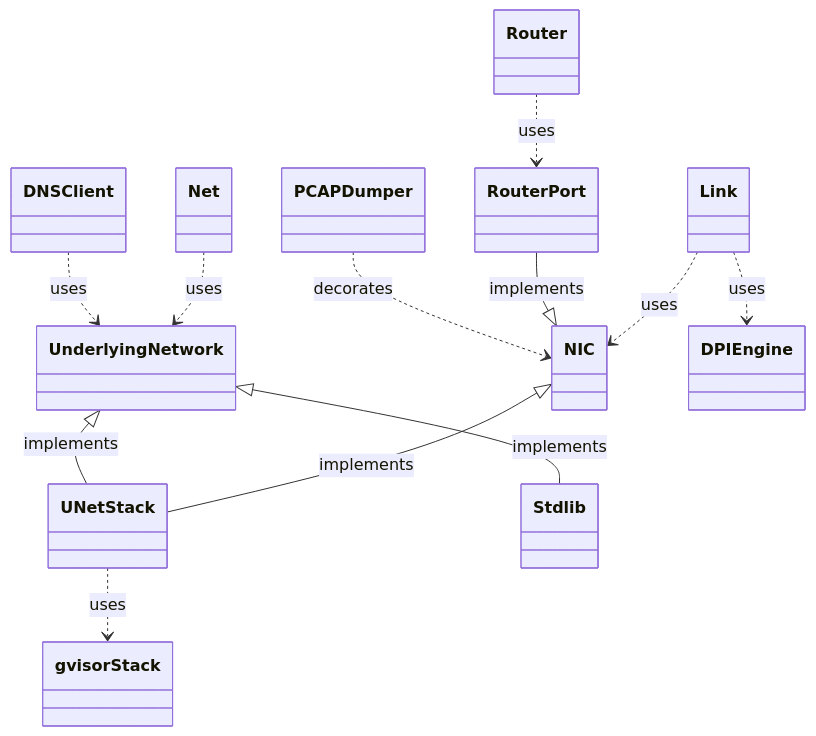
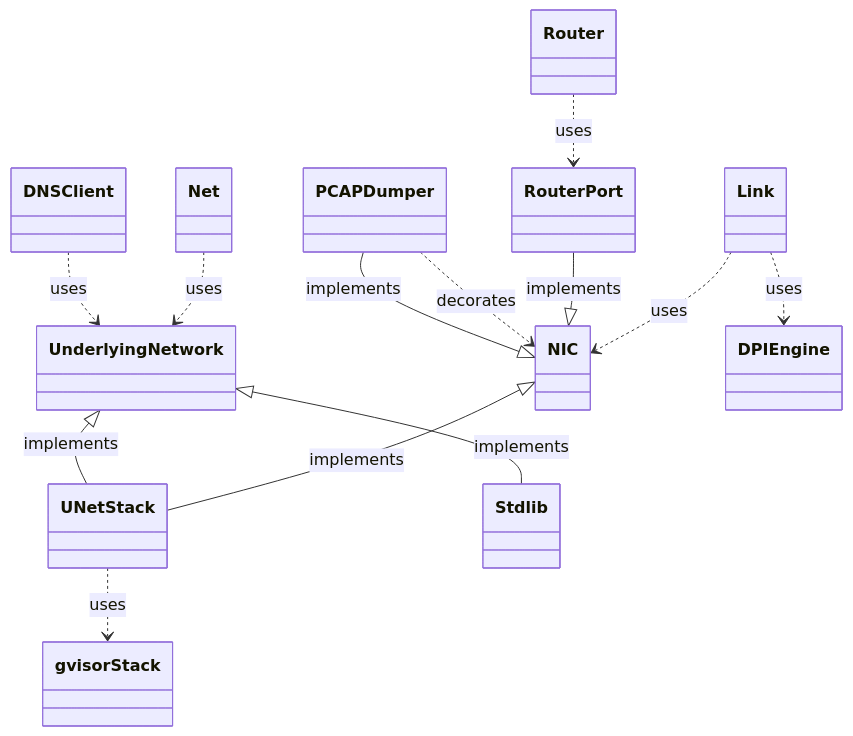
One commit to ooni/netem changed the diagram in ARCHITECTURE.md. Above: the diagram before and after it, drawn with Mermaid.

````diff
--- a/ARCHITECTURE.md
+++ b/ARCHITECTURE.md
@@ -39,14 +39,15 @@
 ```mermaid
 classDiagram
 NIC <|-- UNetStack : implements
 UnderlyingNetwork <|-- UNetStack : implements
 Net ..> UnderlyingNetwork : uses
 Link ..> DPIEngine : uses
 Link ..> NIC : uses
 Router ..> RouterPort : uses
 RouterPort --|> NIC: implements
 DNSClient ..> UnderlyingNetwork : uses
 UNetStack ..> gvisorStack : uses
 UnderlyingNetwork <|-- Stdlib : implements
 PCAPDumper ..> NIC : decorates
+PCAPDumper --|> NIC : implements
 ```
````
